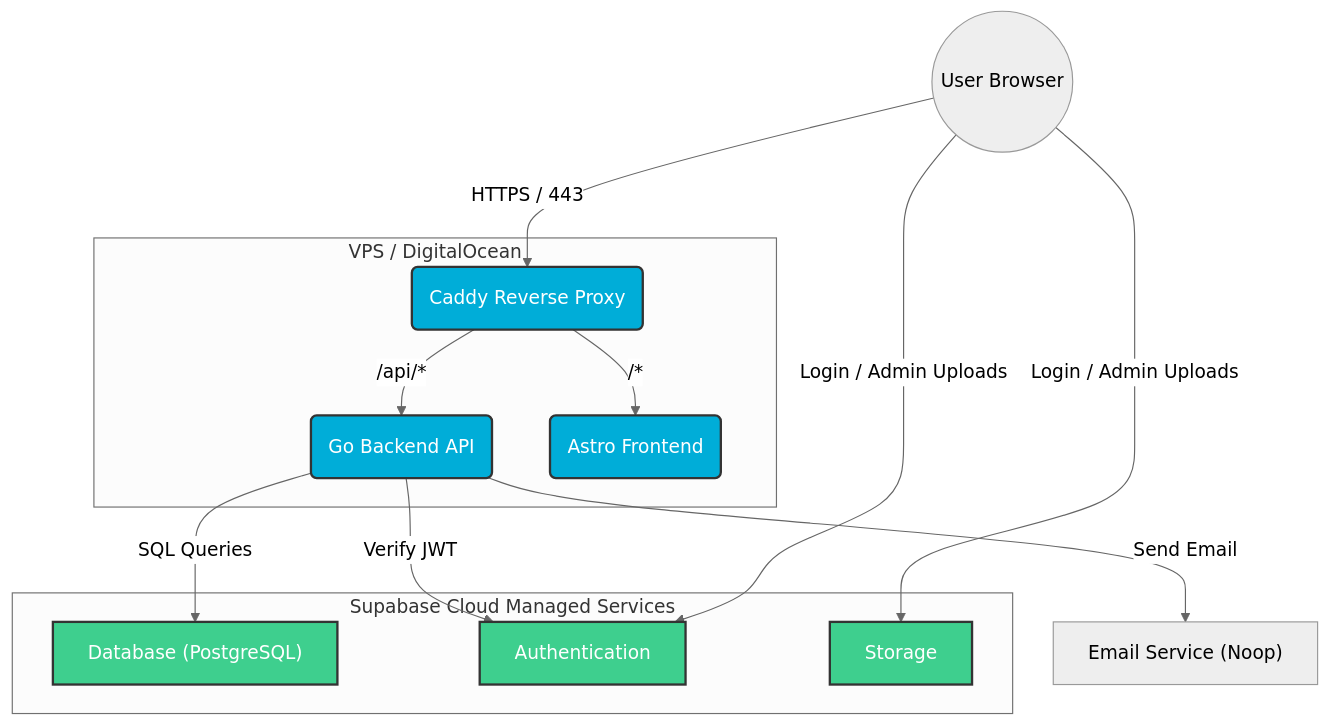
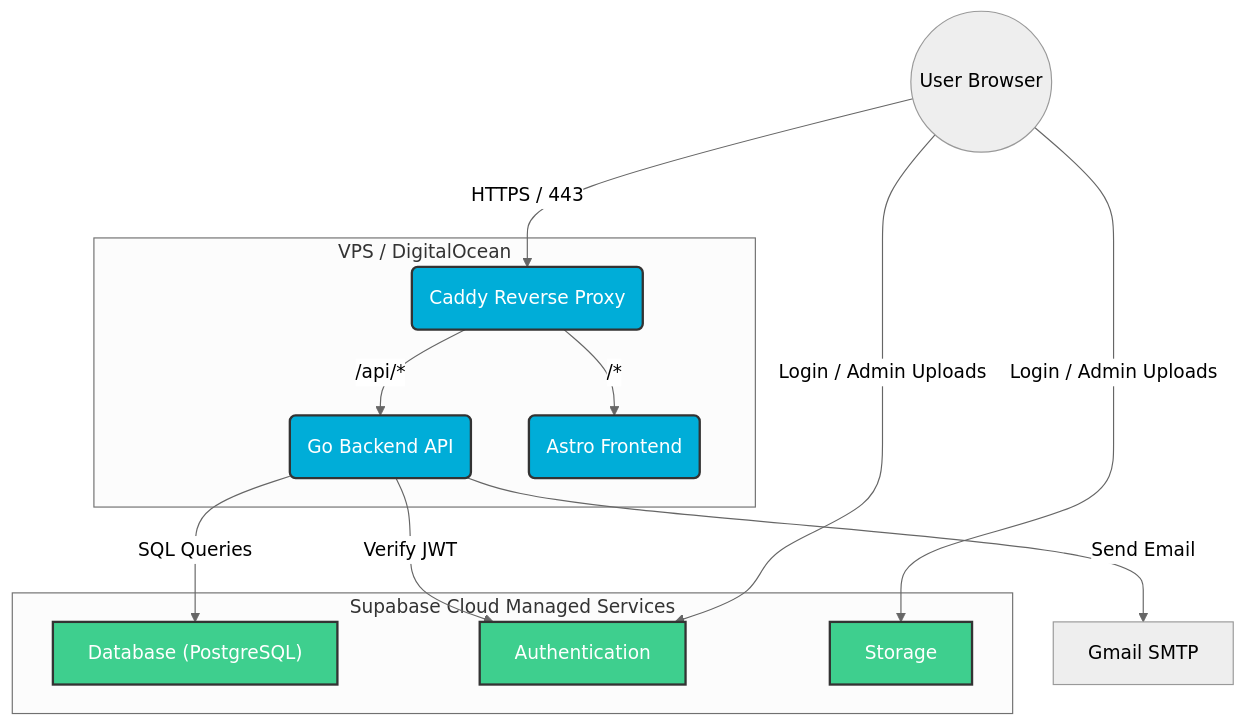
One commit to AKTK-Bystrze/Magazyn changed the diagram in documentation/overview/techstack.md. Above: the diagram before and after it, drawn with Mermaid (neutral theme). The commit also changed other lines of this file and 183 other files, not shown here.

````diff
--- a/documentation/overview/techstack.md
+++ b/documentation/overview/techstack.md
@@ -78,35 +78,35 @@
 ```mermaid
 flowchart TD
     subgraph VPS ["VPS / DigitalOcean"]
         Caddy("Caddy Reverse Proxy")
         GoApp("Go Backend API")
         AstroApp("Astro Frontend")
     end
 
     subgraph Supabase_Cloud ["Supabase Cloud Managed Services"]
         DB["Database (PostgreSQL)"]
         Auth["Authentication"]
         Storage["Storage"]
     end
 
     Browser(("User Browser"))
-    Email["Email Service (Noop)"]
+    Gmail["Gmail SMTP"]
 
     Browser -->|HTTPS / 443| Caddy
     Caddy -->|/api/*| GoApp
     Caddy -->|/*| AstroApp
 
     GoApp -->|SQL Queries| DB
     GoApp -->|Verify JWT| Auth
-    GoApp -->|Send Email| Email
+    GoApp -->|Send Email| Gmail
 
     Browser -->|Login / Admin Uploads| Auth
     Browser -->|Login / Admin Uploads| Storage
 
     classDef cloud fill:#3ECF8E,stroke:#333,stroke-width:2px,color:white;
     classDef vps fill:#22b357,stroke:#333,stroke-width:2px,color:white;
     classDef backend fill:#00ADD8,stroke:#333,stroke-width:2px,color:white;
 
     class DB,Auth,Storage cloud
     class Caddy,GoApp,AstroApp backend
 ```
````
